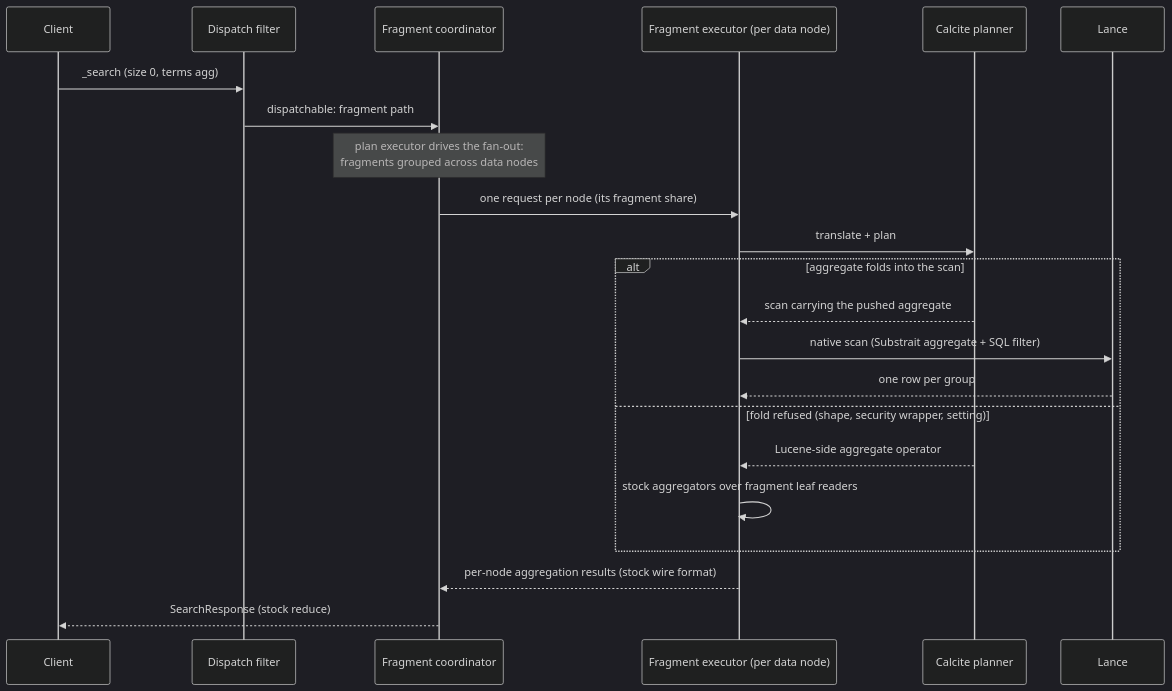
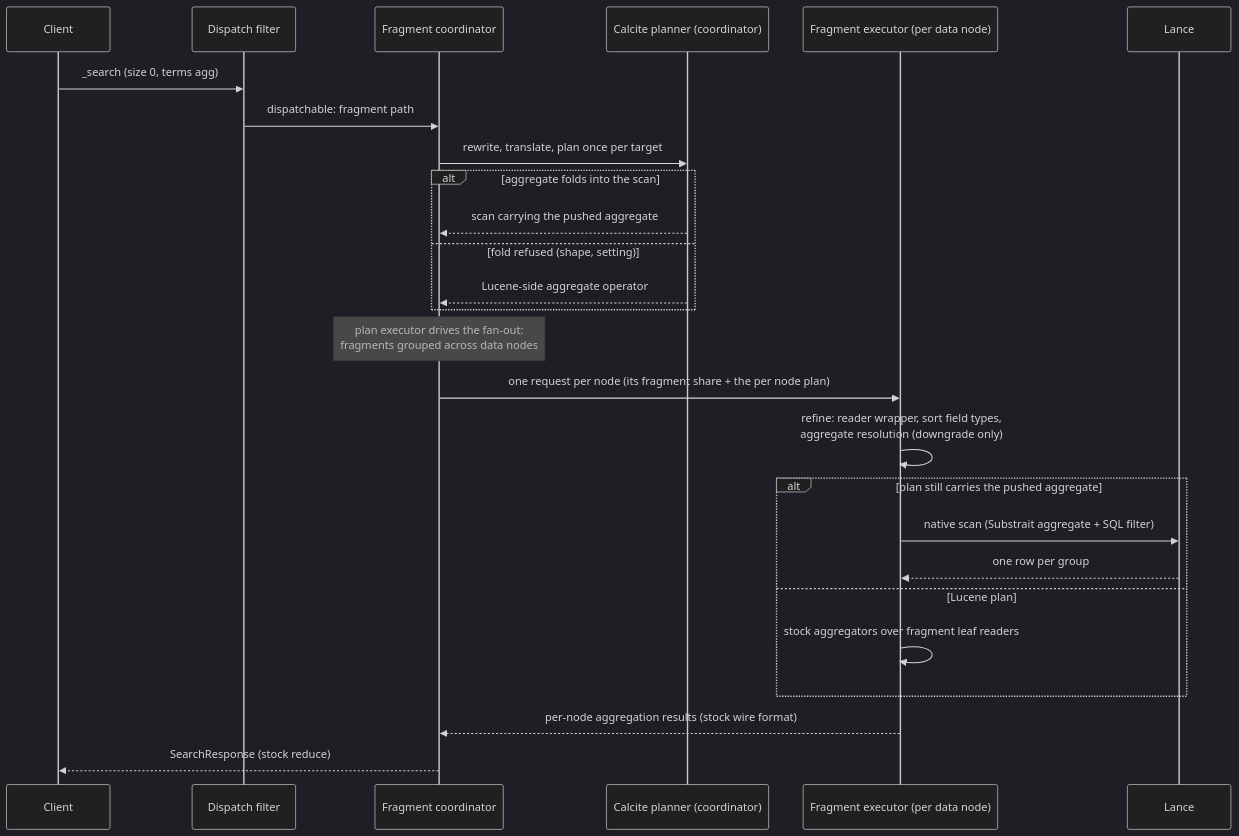
The third of 4 diagrams in docs/architecture.md (lawofcycles/lance-opensearch), drawn with Mermaid (dark theme) before and after one commit. The commit also changed other lines of this file and 2 other files, not shown here.

First line of the commit message:
Document the two stage planning and the shipped per node plan

````diff
--- a/docs/architecture.md
+++ b/docs/architecture.md
@@ -212,24 +215,28 @@
 ```mermaid
 sequenceDiagram
     participant C as Client
     participant F as Dispatch filter
     participant CO as Fragment coordinator
+    participant P as Calcite planner (coordinator)
     participant EX as Fragment executor (per data node)
-    participant P as Calcite planner
     participant L as Lance
     C->>F: _search (size 0, terms agg)
     F->>CO: dispatchable: fragment path
+    CO->>P: rewrite, translate, plan once per target
+    alt aggregate folds into the scan
+        P-->>CO: scan carrying the pushed aggregate
+    else fold refused (shape, setting)
+        P-->>CO: Lucene-side aggregate operator
+    end
     Note over CO: plan executor drives the fan-out:<br/>fragments grouped across data nodes
-    CO->>EX: one request per node (its fragment share)
-    EX->>P: translate + plan
-    alt aggregate folds into the scan
-        P-->>EX: scan carrying the pushed aggregate
+    CO->>EX: one request per node (its fragment share + the per node plan)
+    EX->>EX: refine: reader wrapper, sort field types,<br/>aggregate resolution (downgrade only)
+    alt plan still carries the pushed aggregate
         EX->>L: native scan (Substrait aggregate + SQL filter)
         L-->>EX: one row per group
-    else fold refused (shape, security wrapper, setting)
-        P-->>EX: Lucene-side aggregate operator
+    else Lucene plan
         EX->>EX: stock aggregators over fragment leaf readers
     end
     EX-->>CO: per-node aggregation results (stock wire format)
     CO-->>C: SearchResponse (stock reduce)
 ```
````
